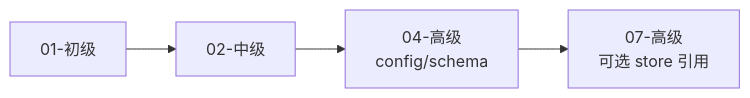
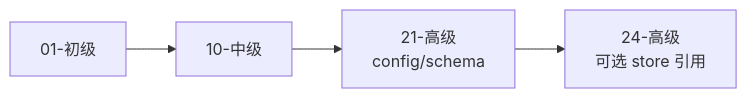
One commit to ethan-jiang-3/OpenSpec changed the fifth of 8 diagrams in _openspec_handbook/00-index.md. Above: the diagram before and after it, drawn with Mermaid. The commit also changed other lines of this file and 41 other files, not shown here.

````diff
--- a/_openspec_handbook/00-index.md
+++ b/_openspec_handbook/00-index.md
@@ -174,5 +175,5 @@
 ```mermaid
 graph LR
-    A[01-初级] --> B[02-中级] --> C[04-高级<br/>config/schema]
-    C --> D[07-高级<br/>可选 store 引用]
+    A[01-初级] --> B[10-中级] --> C[21-高级<br/>config/schema]
+    C --> D[24-高级<br/>可选 store 引用]
 ```
````
